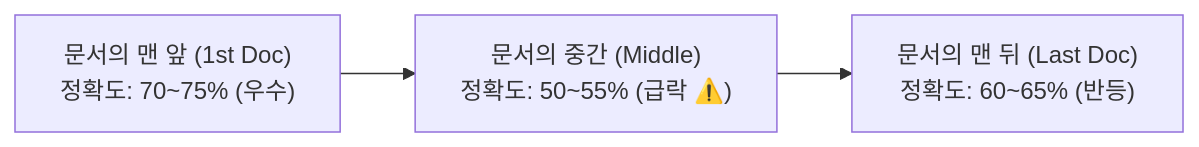
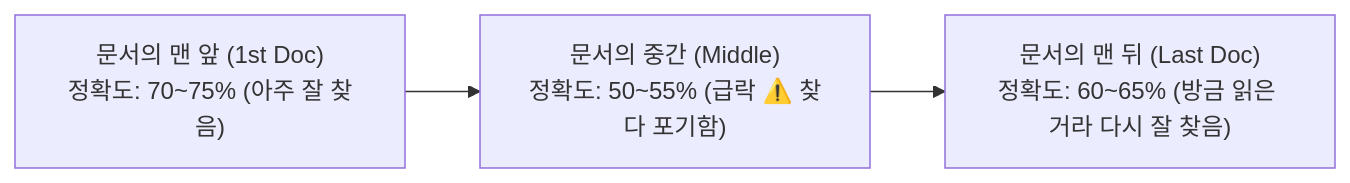
The second of 2 diagrams in chapter-qa/ch05-prompt-engineering-qa/01-introduction-to-prompting-and-context.md (sing-u8/AI-Engineering), drawn with Mermaid before and after one commit. The commit also changed other lines of this file and 2 other files, not shown here.

````diff
--- a/chapter-qa/ch05-prompt-engineering-qa/01-introduction-to-prompting-and-context.md
+++ b/chapter-qa/ch05-prompt-engineering-qa/01-introduction-to-prompting-and-context.md
@@ -136,5 +136,5 @@
 ```mermaid
 flowchart LR
-    Start["문서의 맨 앞 (1st Doc)\n정확도: 70~75% (우수)"] --> Mid["문서의 중간 (Middle)\n정확도: 50~55% (급락 ⚠️)"]
-    Mid --> End["문서의 맨 뒤 (Last Doc)\n정확도: 60~65% (반등)"]
+    Start["문서의 맨 앞 (1st Doc)\n정확도: 70~75% (아주 잘 찾음)"] --> Mid["문서의 중간 (Middle)\n정확도: 50~55% (급락 ⚠️ 찾다 포기함)"]
+    Mid --> End["문서의 맨 뒤 (Last Doc)\n정확도: 60~65% (방금 읽은 거라 다시 잘 찾음)"]
 ```
````
